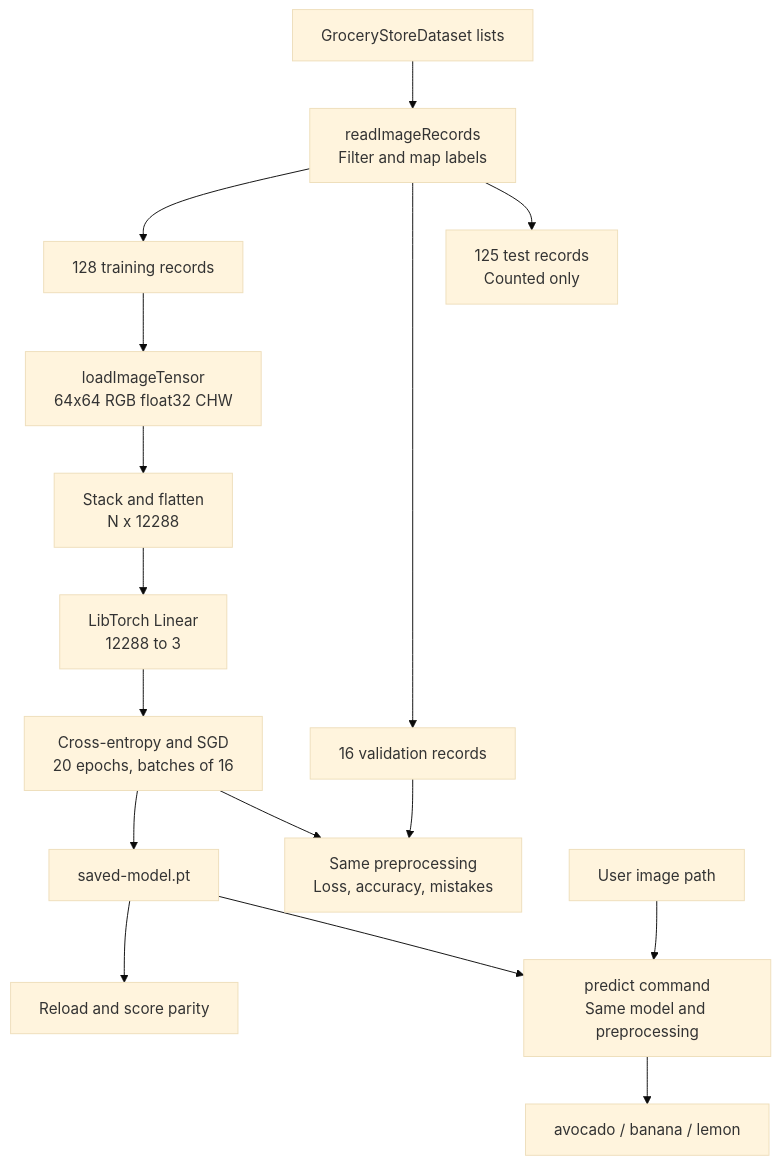
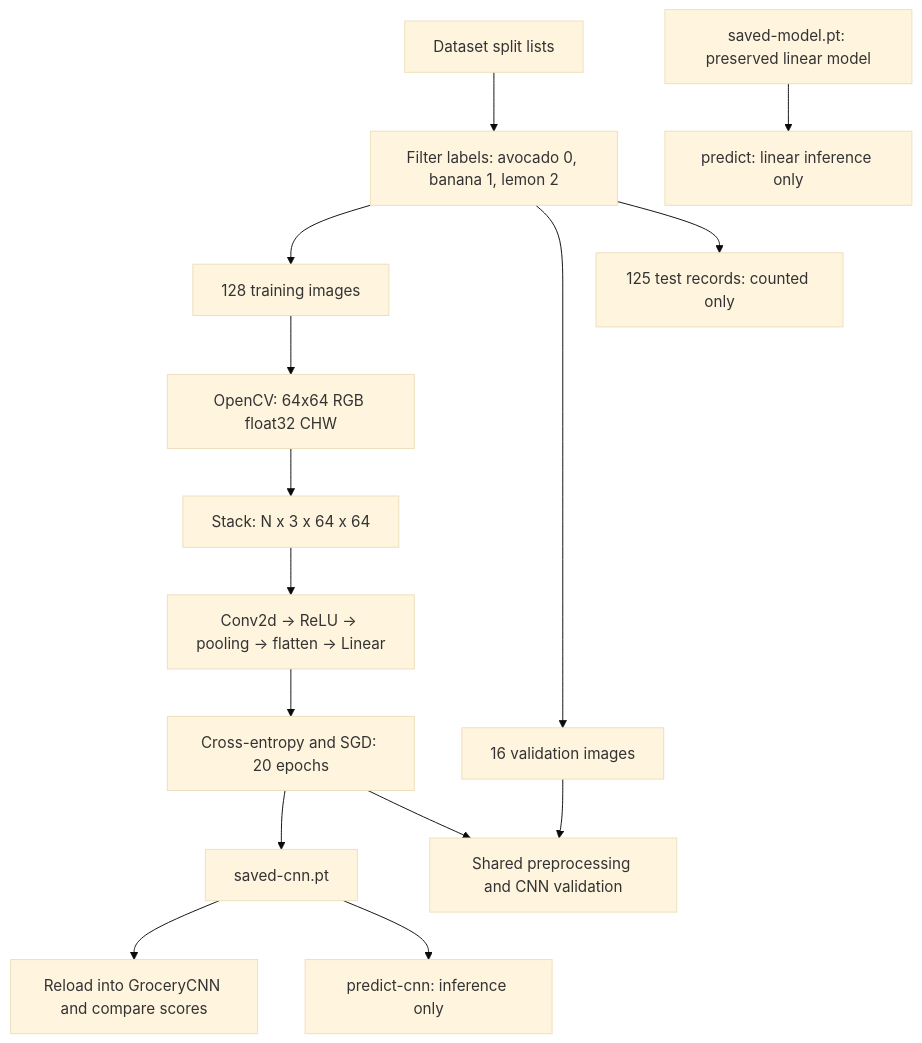
One commit to supernachos57/Live-Vision changed the diagram in architecture.md. Above: the diagram before and after it, drawn with Mermaid (base theme). The commit also changed other lines of this file and 5 other files, not shown here.

Commit message:
Add Phase 5 CNN training, inference, and results (#7)

````diff
--- a/architecture.md
+++ b/architecture.md
@@ -7,18 +7,17 @@
 ```mermaid
 flowchart TD
-    lists["GroceryStoreDataset lists"] --> records["readImageRecords<br/>Filter and map labels"]
-    records --> train["128 training records"]
-    records --> val["16 validation records"]
-    records --> test["125 test records<br/>Counted only"]
-    train --> prep["loadImageTensor<br/>64x64 RGB float32 CHW"]
-    prep --> batch["Stack and flatten<br/>N x 12288"]
-    batch --> linear["LibTorch Linear<br/>12288 to 3"]
-    linear --> learn["Cross-entropy and SGD<br/>20 epochs, batches of 16"]
-    learn --> saved["saved-model.pt"]
-    val --> eval["Same preprocessing<br/>Loss, accuracy, mistakes"]
-    learn --> eval
-    saved --> reload["Reload and score parity"]
-    saved --> predict["predict command<br/>Same model and preprocessing"]
-    image["User image path"] --> predict
-    predict --> label["avocado / banana / lemon"]
+    lists[Dataset split lists] --> records[Filter labels: avocado 0, banana 1, lemon 2]
+    records --> train[128 training images]
+    records --> val[16 validation images]
+    records --> test[125 test records: counted only]
+    train --> prep[OpenCV: 64x64 RGB float32 CHW]
+    prep --> batch[Stack: N x 3 x 64 x 64]
+    batch --> cnn[Conv2d → ReLU → pooling → flatten → Linear]
+    cnn --> learn[Cross-entropy and SGD: 20 epochs]
+    learn --> saved[saved-cnn.pt]
+    val --> evaluation[Shared preprocessing and CNN validation]
+    learn --> evaluation
+    saved --> parity[Reload into GroceryCNN and compare scores]
+    saved --> predict[predict-cnn: inference only]
+    baseline[saved-model.pt: preserved linear model] --> legacy[predict: linear inference only]
 ```
````
